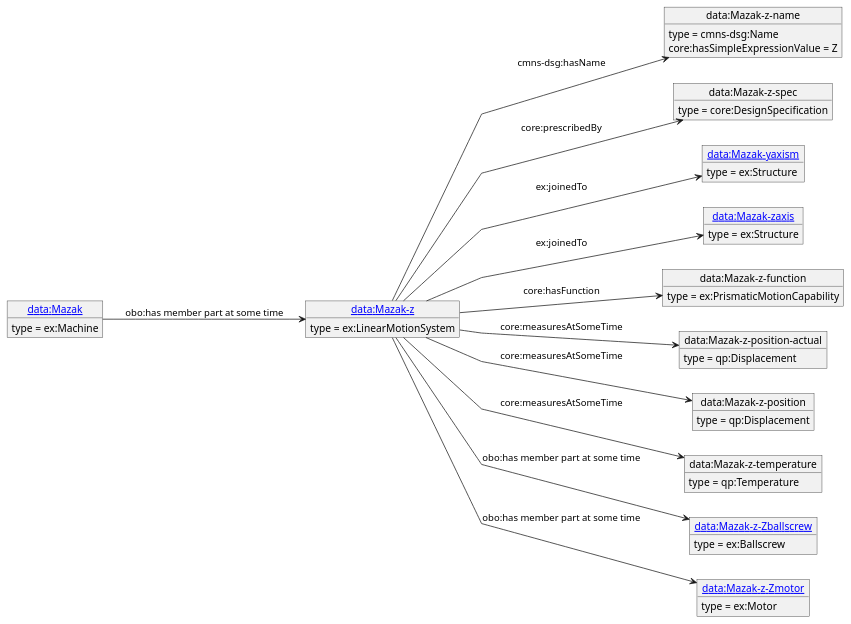
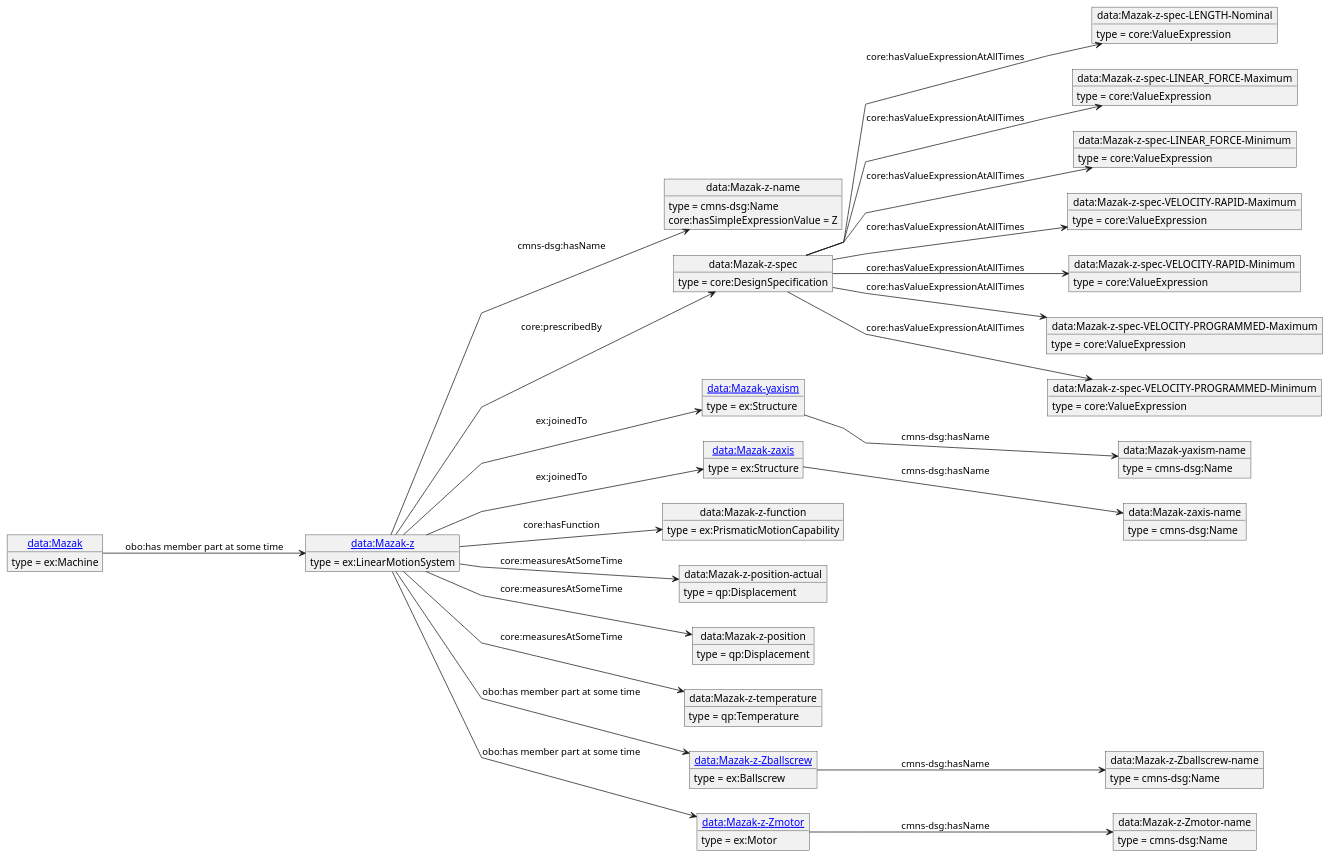
The diagram in diagrams/Mazak-z.puml (iofoundry/example-syseng-mtconnect), drawn with PlantUML before and after one commit. The commit also changed 162 other files, not shown here.

```diff
--- a/diagrams/Mazak-z.puml
+++ b/diagrams/Mazak-z.puml
@@ -1,52 +1,96 @@
 @startuml
 skinparam linetype polyline
 left to right direction
 object "[[./Mazak-z.html data:Mazak-z]]" as o1 {
  type = ex:LinearMotionSystem
  }
 object "data:Mazak-z-name" as o2 {
  type = cmns-dsg:Name
  }
 object "data:Mazak-z-spec" as o3 {
  type = core:DesignSpecification
  }
-object "[[./Mazak-yaxism.html data:Mazak-yaxism]]" as o4 {
+object "data:Mazak-z-spec-LENGTH-Nominal" as o4 {
+ type = core:ValueExpression
+ }
+object "data:Mazak-z-spec-LINEAR_FORCE-Maximum" as o5 {
+ type = core:ValueExpression
+ }
+object "data:Mazak-z-spec-LINEAR_FORCE-Minimum" as o6 {
+ type = core:ValueExpression
+ }
+object "data:Mazak-z-spec-VELOCITY-RAPID-Maximum" as o7 {
+ type = core:ValueExpression
+ }
+object "data:Mazak-z-spec-VELOCITY-RAPID-Minimum" as o8 {
+ type = core:ValueExpression
+ }
+object "data:Mazak-z-spec-VELOCITY-PROGRAMMED-Maximum" as o9 {
+ type = core:ValueExpression
+ }
+object "data:Mazak-z-spec-VELOCITY-PROGRAMMED-Minimum" as o10 {
+ type = core:ValueExpression
+ }
+object "[[./Mazak-yaxism.html data:Mazak-yaxism]]" as o11 {
  type = ex:Structure
  }
-object "[[./Mazak-zaxis.html data:Mazak-zaxis]]" as o5 {
+object "data:Mazak-yaxism-name" as o12 {
+ type = cmns-dsg:Name
+ }
+object "[[./Mazak-zaxis.html data:Mazak-zaxis]]" as o13 {
  type = ex:Structure
  }
-object "data:Mazak-z-function" as o6 {
+object "data:Mazak-zaxis-name" as o14 {
+ type = cmns-dsg:Name
+ }
+object "data:Mazak-z-function" as o15 {
  type = ex:PrismaticMotionCapability
  }
-object "data:Mazak-z-position-actual" as o7 {
+object "data:Mazak-z-position-actual" as o16 {
  type = qp:Displacement
  }
-object "data:Mazak-z-position" as o8 {
+object "data:Mazak-z-position" as o17 {
  type = qp:Displacement
  }
-object "data:Mazak-z-temperature" as o9 {
+object "data:Mazak-z-temperature" as o18 {
  type = qp:Temperature
  }
-object "[[./Mazak-z-Zballscrew.html data:Mazak-z-Zballscrew]]" as o10 {
+object "[[./Mazak-z-Zballscrew.html data:Mazak-z-Zballscrew]]" as o19 {
  type = ex:Ballscrew
  }
-object "[[./Mazak-z-Zmotor.html data:Mazak-z-Zmotor]]" as o11 {
+object "data:Mazak-z-Zballscrew-name" as o20 {
+ type = cmns-dsg:Name
+ }
+object "[[./Mazak-z-Zmotor.html data:Mazak-z-Zmotor]]" as o21 {
  type = ex:Motor
  }
-object "[[./Mazak.html data:Mazak]]" as o12 {
+object "data:Mazak-z-Zmotor-name" as o22 {
+ type = cmns-dsg:Name
+ }
+object "[[./Mazak.html data:Mazak]]" as o23 {
  type = ex:Machine
  }
 o1 --> o2 : cmns-dsg:hasName
 o2 : core:hasSimpleExpressionValue = Z
 o1 --> o3 : core:prescribedBy
-o1 --> o4 : ex:joinedTo
-o1 --> o5 : ex:joinedTo
-o1 --> o6 : core:hasFunction
-o1 --> o7 : core:measuresAtSomeTime
-o1 --> o8 : core:measuresAtSomeTime
-o1 --> o9 : core:measuresAtSomeTime
-o1 --> o10 : obo:has member part at some time
-o1 --> o11 : obo:has member part at some time
-o12 --> o1 : obo:has member part at some time
+o3 --> o4 : core:hasValueExpressionAtAllTimes
+o3 --> o5 : core:hasValueExpressionAtAllTimes
+o3 --> o6 : core:hasValueExpressionAtAllTimes
+o3 --> o7 : core:hasValueExpressionAtAllTimes
+o3 --> o8 : core:hasValueExpressionAtAllTimes
+o3 --> o9 : core:hasValueExpressionAtAllTimes
+o3 --> o10 : core:hasValueExpressionAtAllTimes
+o1 --> o11 : ex:joinedTo
+o11 --> o12 : cmns-dsg:hasName
+o1 --> o13 : ex:joinedTo
+o13 --> o14 : cmns-dsg:hasName
+o1 --> o15 : core:hasFunction
+o1 --> o16 : core:measuresAtSomeTime
+o1 --> o17 : core:measuresAtSomeTime
+o1 --> o18 : core:measuresAtSomeTime
+o1 --> o19 : obo:has member part at some time
+o19 --> o20 : cmns-dsg:hasName
+o1 --> o21 : obo:has member part at some time
+o21 --> o22 : cmns-dsg:hasName
+o23 --> o1 : obo:has member part at some time
 @enduml
```
